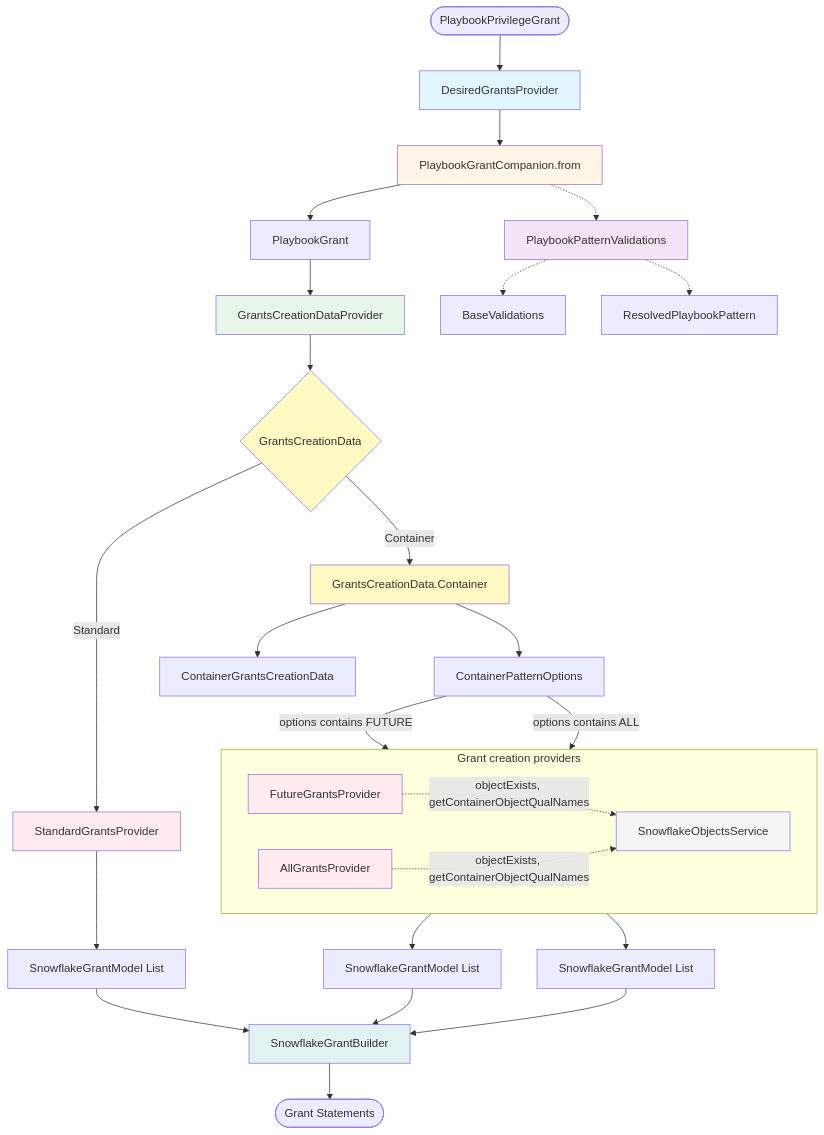
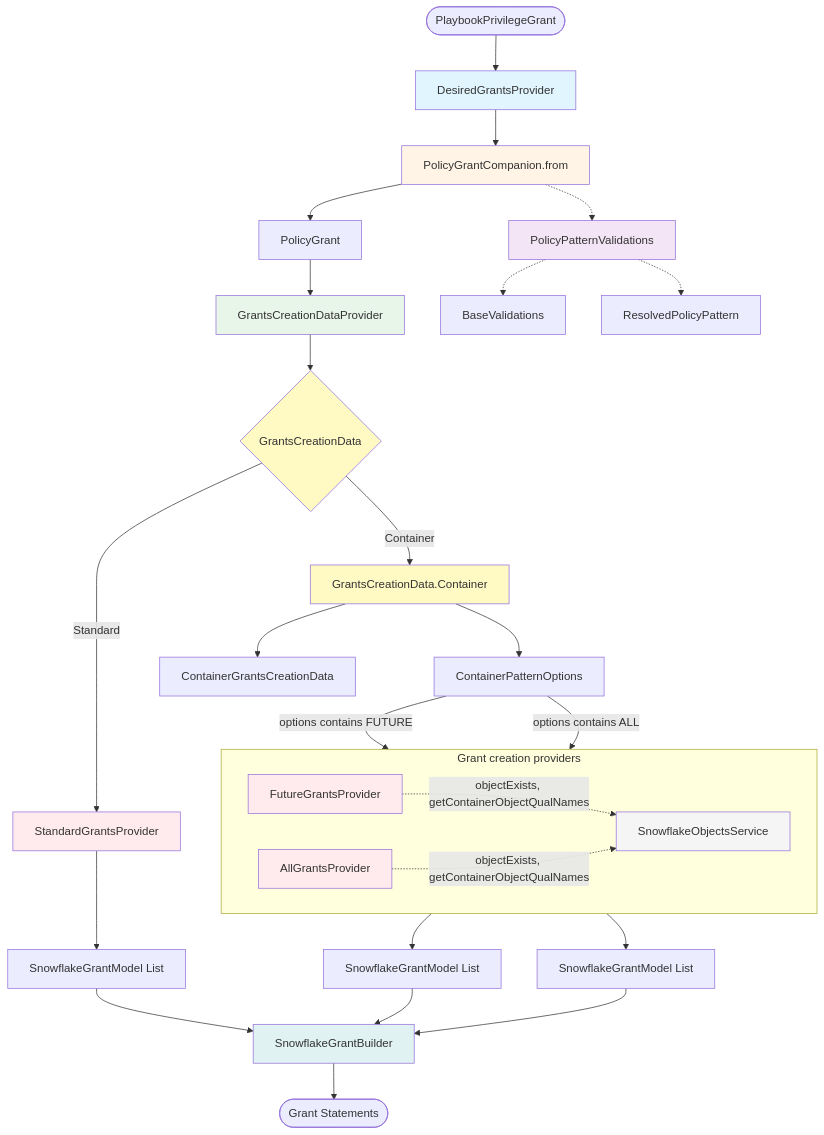
Before and after one commit to zoom/zoom-data-fence: the diagram in docs/diagrams/grant-desired-create.md, drawn with Mermaid. The commit also changed other lines of this file and 2 other files, not shown here.

Commit message:
Ensure diagrams and variable names are updated.

````diff
--- a/docs/diagrams/grant-desired-create.md
+++ b/docs/diagrams/grant-desired-create.md
@@ -15,52 +15,52 @@
 ```mermaid
 flowchart TD
     Start([PlaybookPrivilegeGrant]) --> DGP[DesiredGrantsProvider]
     
-    DGP --> PGC[PlaybookGrantCompanion.from]
-    PGC --> PG[PlaybookGrant]
+    DGP --> PGC[PolicyGrantCompanion.from]
+    PGC --> PG[PolicyGrant]
     
-    PGC -.-> PPV[PlaybookPatternValidations]
+    PGC -.-> PPV[PolicyPatternValidations]
     PPV -.-> BV[BaseValidations]
-    PPV -.-> RPP[ResolvedPlaybookPattern]
+    PPV -.-> RPP[ResolvedPolicyPattern]
     
     PG --> GCDP[GrantsCreationDataProvider]
     GCDP --> GCD{GrantsCreationData}
     
     GCD -->|Standard| SGP[StandardGrantsProvider]
     GCD -->|Container| CGD[GrantsCreationData.Container]
     
     CGD --> CGDATA[ContainerGrantsCreationData]
     CGD --> CPO[ContainerPatternOptions]
     
     subgraph providers [Grant creation providers]
         direction LR
         FGP[FutureGrantsProvider]
         AGP[AllGrantsProvider]
         SOS[SnowflakeObjectsService]
     end
     CPO -->|options contains FUTURE| FGP
     CPO -->|options contains ALL| AGP
     FGP -.->|objectExists, getContainerObjectQualNames| SOS
     AGP -.->|objectExists, getContainerObjectQualNames| SOS
     
     SGP --> SGM[SnowflakeGrantModel List]
     FGP --> FGM[SnowflakeGrantModel List]
     AGP --> AGM[SnowflakeGrantModel List]
     SGM --> SGB[SnowflakeGrantBuilder]
     FGM --> SGB
     AGM --> SGB
     
     SGB --> End([Grant Statements])
     
     style DGP fill:#e1f5ff
     style PGC fill:#fff4e6
     style PPV fill:#f3e5f5
     style GCDP fill:#e8f5e9
     style GCD fill:#fff9c4
     style CGD fill:#fff9c4
     style SGP fill:#ffebee
     style FGP fill:#ffebee
     style AGP fill:#ffebee
     style SGB fill:#e0f2f1
     style SOS fill:#f5f5f5
 ```
````
